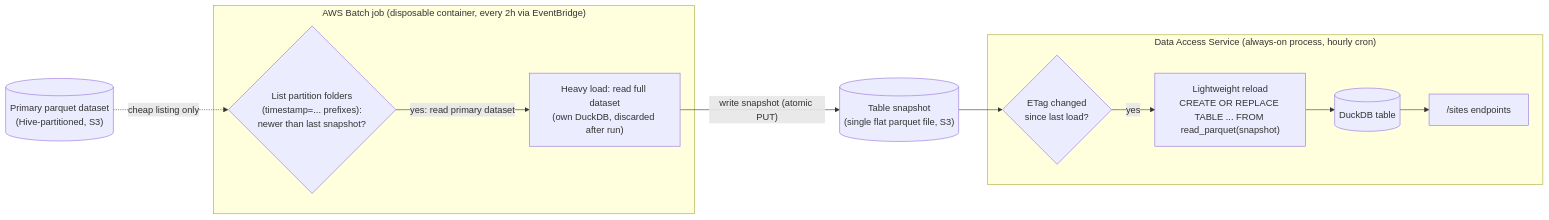
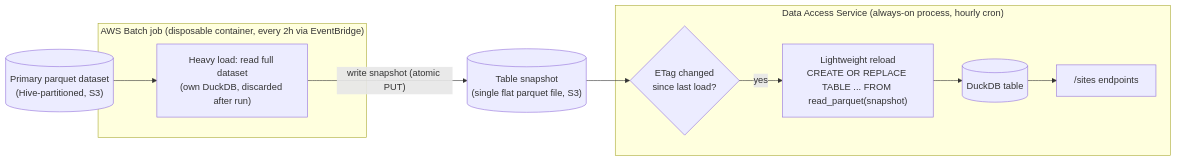
Before and after one commit to aodn/data-access-service: the second of 2 diagrams in data_access_service/sites/technical.md, drawn with Mermaid. The commit also changed other lines of this file and 16 other files, not shown here.

````diff
--- a/data_access_service/sites/technical.md
+++ b/data_access_service/sites/technical.md
@@ -32,24 +32,22 @@
 ```mermaid
 flowchart LR
     primary[("Primary parquet dataset\n(Hive-partitioned, S3)")]
     snapshot[("Table snapshot\n(single flat parquet file, S3)")]
 
     subgraph batch["AWS Batch job (disposable container, every 2h via EventBridge)"]
-        freshCheck{"List partition folders\n(timestamp=... prefixes):\nnewer than last snapshot?"}
         batchLoad["Heavy load: read full dataset\n(own DuckDB, discarded after run)"]
-        freshCheck -->|"yes: read primary dataset"| batchLoad
     end
 
     subgraph api["Data Access Service (always-on process, hourly cron)"]
         etagCheck{"ETag changed\nsince last load?"}
         reload["Lightweight reload\nCREATE OR REPLACE TABLE ... FROM read_parquet(snapshot)"]
         table[("DuckDB table")]
         endpoint["/sites endpoints"]
 
         etagCheck -->|"yes"| reload --> table --> endpoint
     end
 
-    primary -.->|"cheap listing only"| freshCheck
+    primary --> batchLoad
     batchLoad -->|"write snapshot (atomic PUT)"| snapshot
     snapshot --> etagCheck
 ```
````
